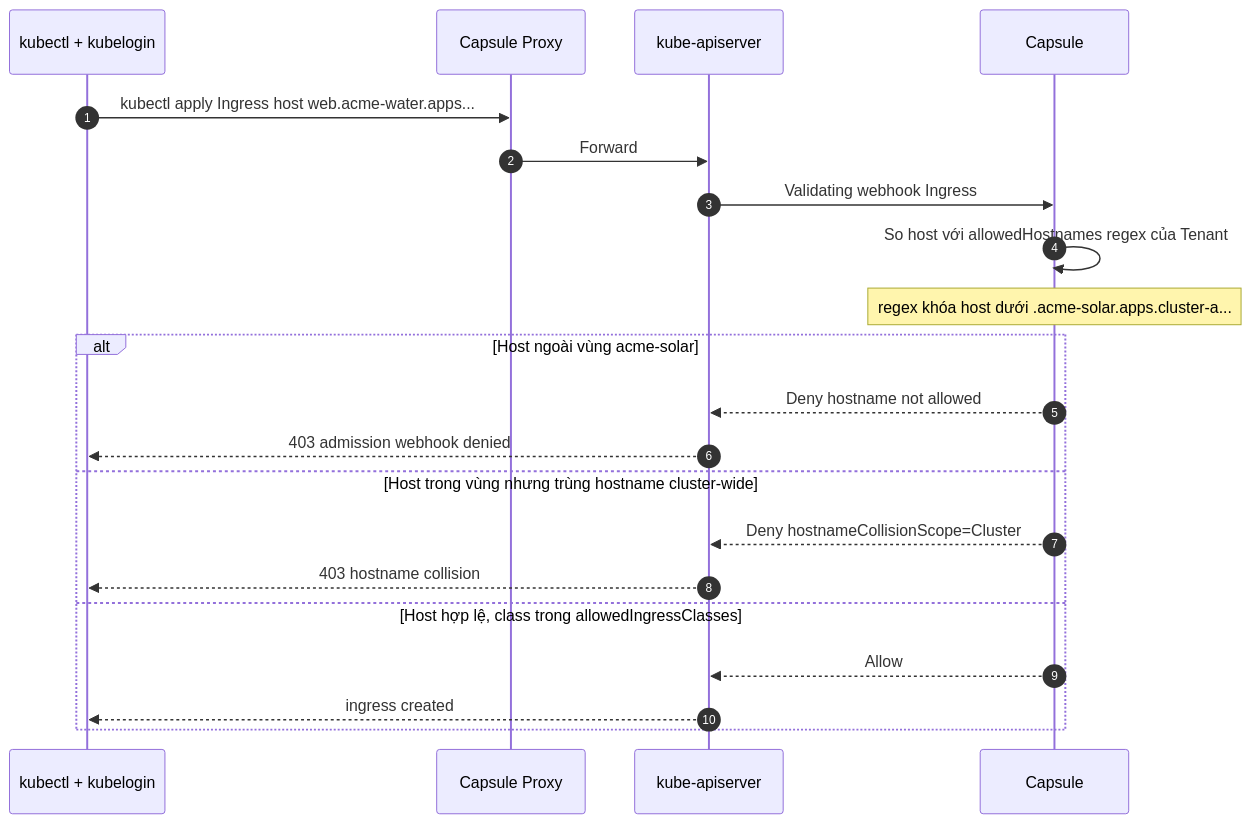
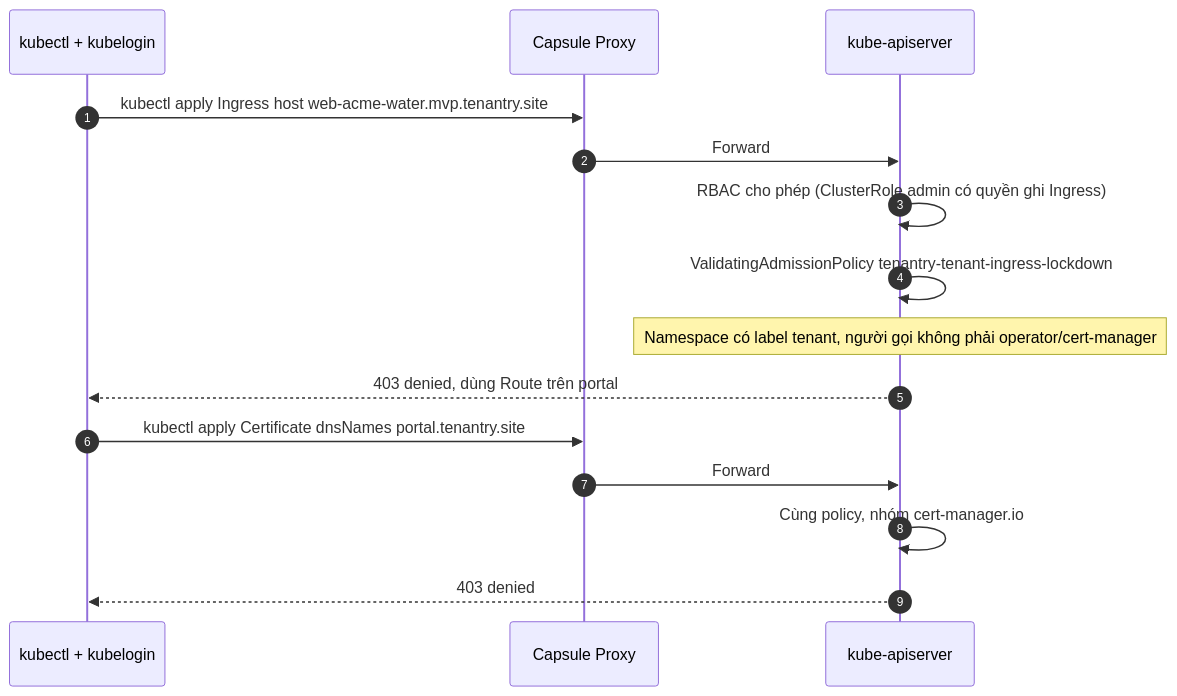
Before and after one commit to thaihoc1310/tenantry: diagram 14 of 19 in docs/architecture/03-flows.md, drawn with Mermaid. The commit also changed other lines of this file and 10 other files, not shown here.

````diff
--- a/docs/architecture/03-flows.md
+++ b/docs/architecture/03-flows.md
@@ -840,24 +856,18 @@
 ```mermaid
 sequenceDiagram
   autonumber
   participant KL as kubectl + kubelogin
   participant PROXY as Capsule Proxy
   participant K8S as kube-apiserver
-  participant CAP as Capsule
 
-  KL->>PROXY: kubectl apply Ingress host web.acme-water.apps...
+  KL->>PROXY: kubectl apply Ingress host web-acme-water.mvp.tenantry.site
   PROXY->>K8S: Forward
-  K8S->>CAP: Validating webhook Ingress
-  CAP->>CAP: So host với allowedHostnames regex của Tenant
-  Note over CAP: regex khóa host dưới .acme-solar.apps.cluster-a...
-  alt Host ngoài vùng acme-solar
-    CAP-->>K8S: Deny hostname not allowed
-    K8S-->>KL: 403 admission webhook denied
-  else Host trong vùng nhưng trùng hostname cluster-wide
-    CAP-->>K8S: Deny hostnameCollisionScope=Cluster
-    K8S-->>KL: 403 hostname collision
-  else Host hợp lệ, class trong allowedIngressClasses
-    CAP-->>K8S: Allow
-    K8S-->>KL: ingress created
-  end
+  K8S->>K8S: RBAC cho phép (ClusterRole admin có quyền ghi Ingress)
+  K8S->>K8S: ValidatingAdmissionPolicy tenantry-tenant-ingress-lockdown
+  Note over K8S: Namespace có label tenant, người gọi không phải operator/cert-manager
+  K8S-->>KL: 403 denied, dùng Route trên portal
+  KL->>PROXY: kubectl apply Certificate dnsNames portal.tenantry.site
+  PROXY->>K8S: Forward
+  K8S->>K8S: Cùng policy, nhóm cert-manager.io
+  K8S-->>KL: 403 denied
 ```
````
